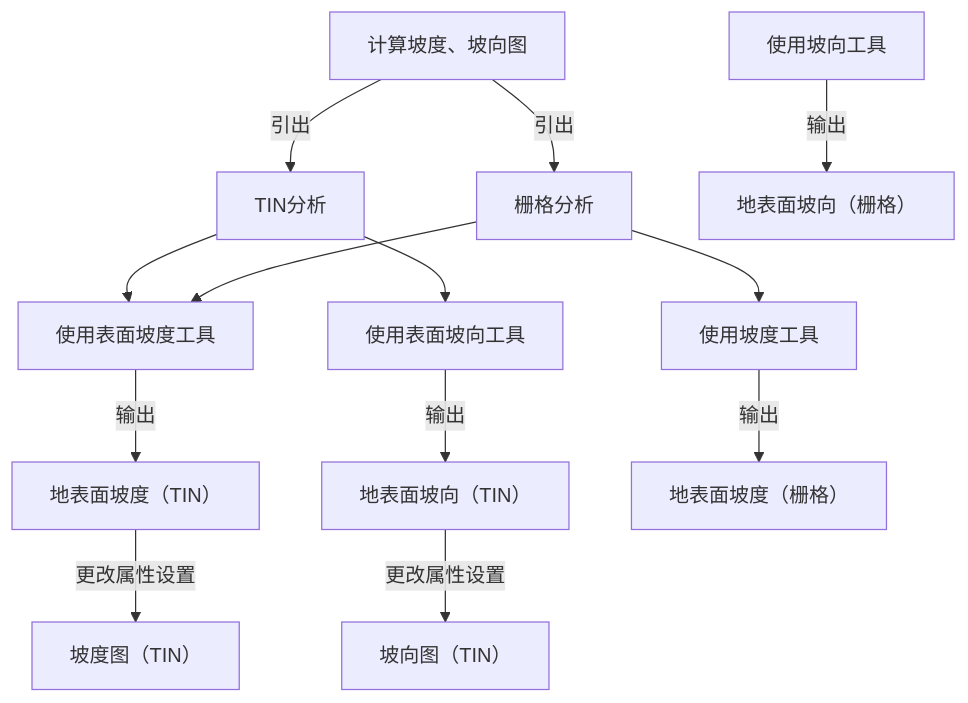
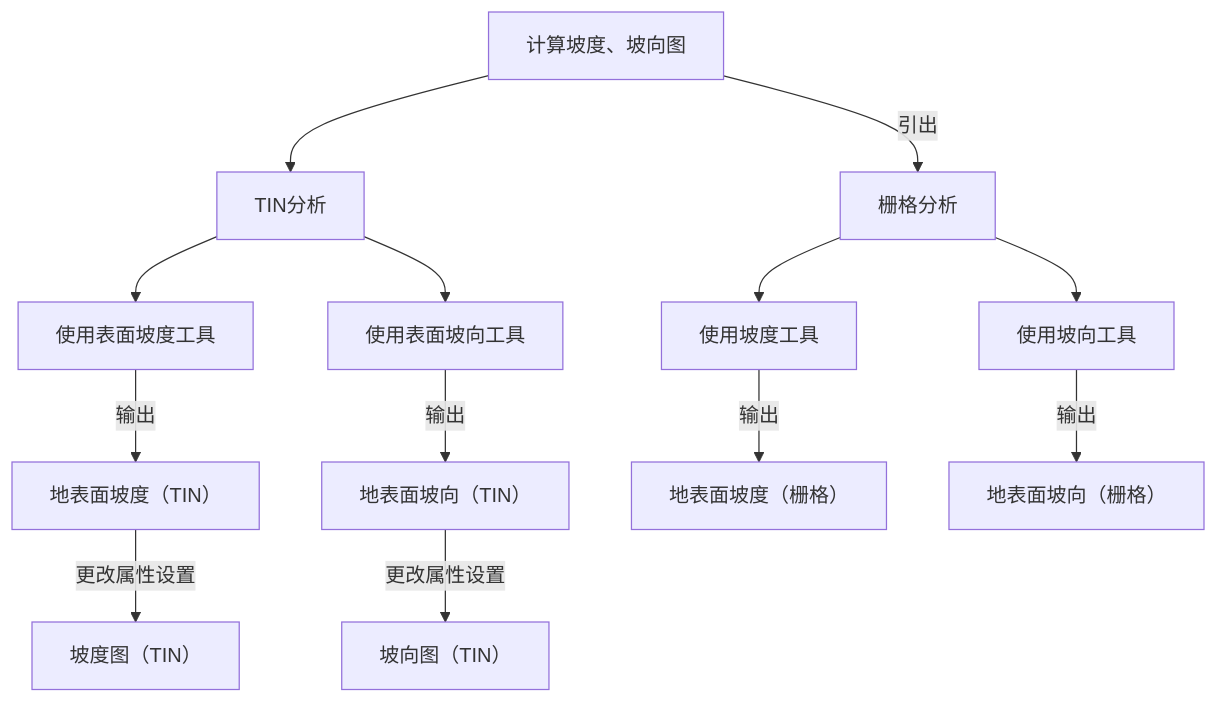
The diagram in all/未命名.md (newguser/iodraw-files), drawn with Mermaid before and after one commit.

Commit message:
2025-02-27 22:12:35 update

````diff
--- a/all/未命名.md
+++ b/all/未命名.md
@@ -1,17 +1,17 @@
 ```mermaid
 graph TD
-    A[计算坡度、坡向图] -->|引出| B[TIN分析]
+    A[计算坡度、坡向图] --> B[TIN分析]
     A -->|引出| C[栅格分析]
     B[TIN分析]--> B1[使用表面坡度工具]
     B[TIN分析]--> B4[使用表面坡向工具]
     C[栅格分析]-->C1[使用坡度工具]
-    C[栅格分析]-->
+    C[栅格分析]-->C3[使用坡向工具]
         B1[使用表面坡度工具] -->|输出| B2[地表面坡度（TIN）]
         B2 -->|更改属性设置| B3[坡度图（TIN）]
         B4[使用表面坡向工具] -->|输出| B5[地表面坡向（TIN）]
         B5 -->|更改属性设置| B6[坡向图（TIN）]
 
         C1[使用坡度工具] -->|输出| C2[地表面坡度（栅格）]
         C3[使用坡向工具] -->|输出| C4[地表面坡向（栅格）]
 
 ```
````
